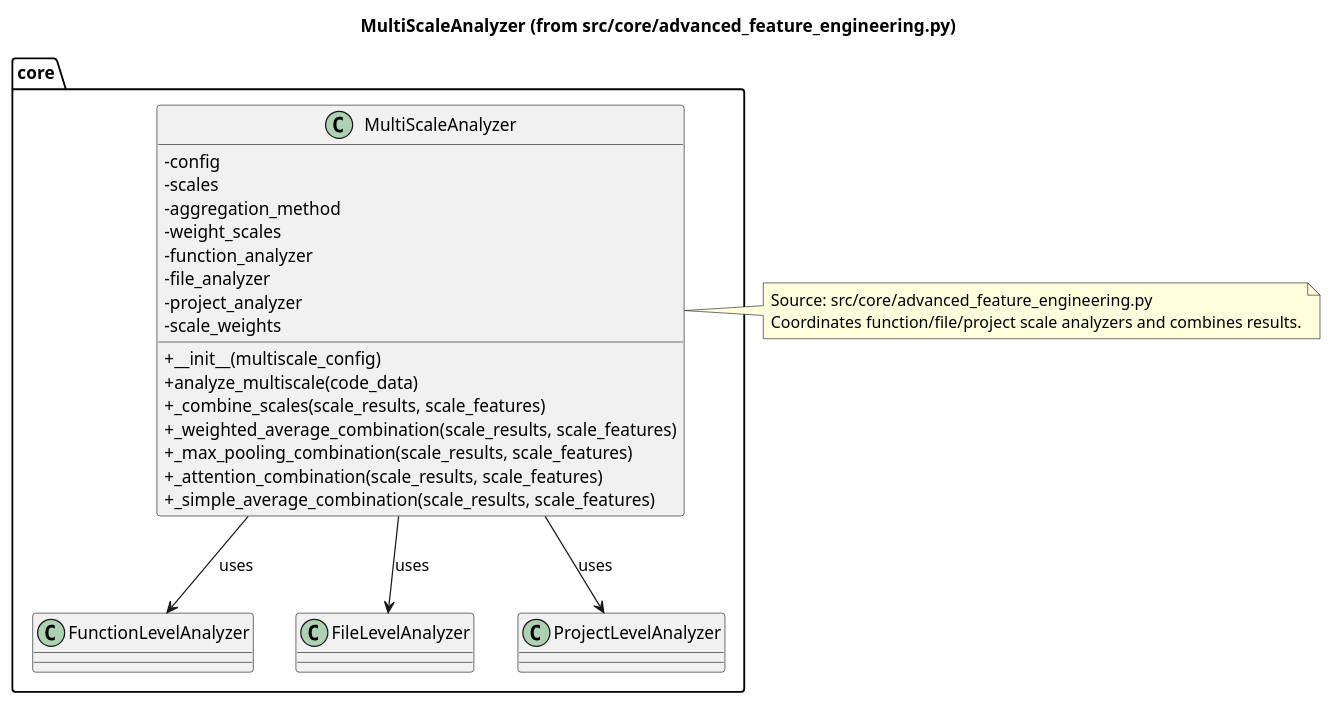
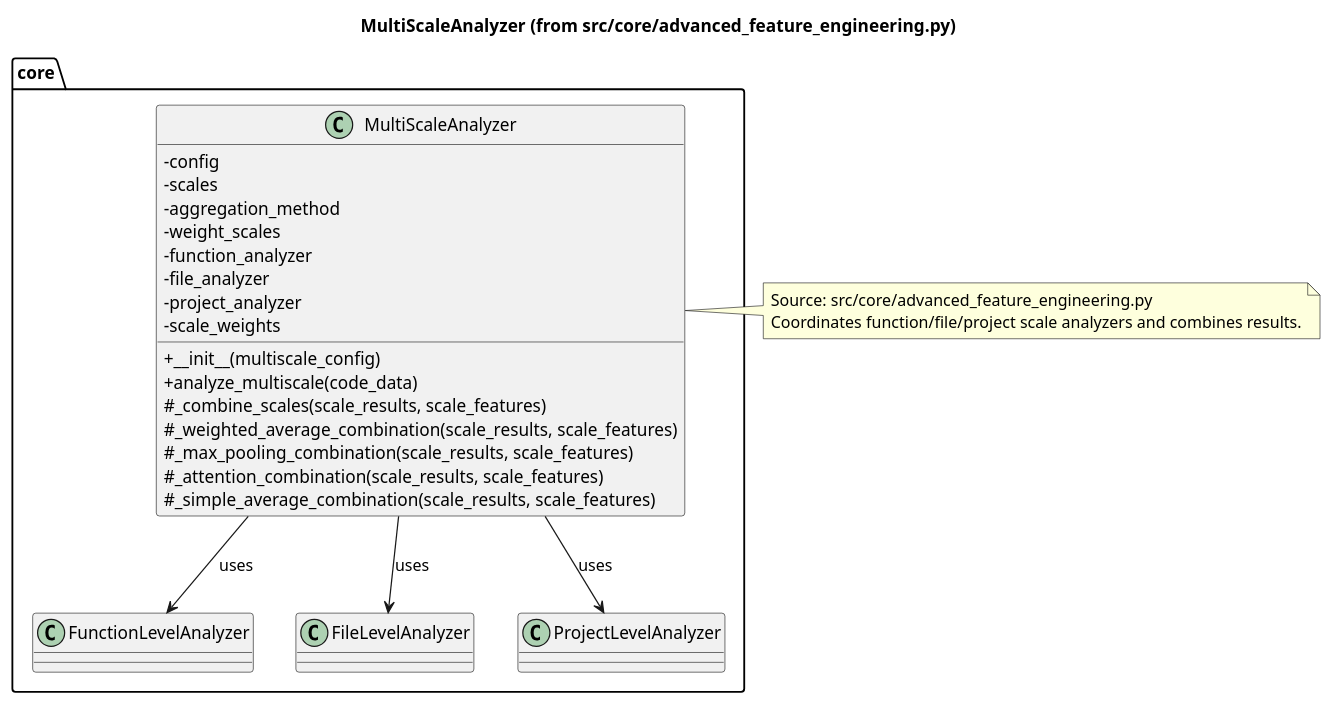
One commit to scweeks/bean_vulnerable changed the diagram in docs/UML/Source/core/advanced_feature_engineering-MultiScaleAnalyzer.puml. Above: the diagram before and after it, drawn with PlantUML. The commit also changed 5 other files, not shown here.

```diff
--- a/docs/UML/Source/core/advanced_feature_engineering-MultiScaleAnalyzer.puml
+++ b/docs/UML/Source/core/advanced_feature_engineering-MultiScaleAnalyzer.puml
@@ -1,35 +1,35 @@
 @startuml MultiScaleAnalyzer
 title MultiScaleAnalyzer (from src/core/advanced_feature_engineering.py)
 skinparam classAttributeIconSize 0
 package core {
   class MultiScaleAnalyzer {
     - config
     - scales
     - aggregation_method
     - weight_scales
     - function_analyzer
     - file_analyzer
     - project_analyzer
     - scale_weights
     + __init__(multiscale_config)
     + analyze_multiscale(code_data)
-    + _combine_scales(scale_results, scale_features)
-    + _weighted_average_combination(scale_results, scale_features)
-    + _max_pooling_combination(scale_results, scale_features)
-    + _attention_combination(scale_results, scale_features)
-    + _simple_average_combination(scale_results, scale_features)
+    # _combine_scales(scale_results, scale_features)
+    # _weighted_average_combination(scale_results, scale_features)
+    # _max_pooling_combination(scale_results, scale_features)
+    # _attention_combination(scale_results, scale_features)
+    # _simple_average_combination(scale_results, scale_features)
   }
   class FunctionLevelAnalyzer
   class FileLevelAnalyzer
   class ProjectLevelAnalyzer
 }
 
 MultiScaleAnalyzer --> FunctionLevelAnalyzer : uses
 MultiScaleAnalyzer --> FileLevelAnalyzer : uses
 MultiScaleAnalyzer --> ProjectLevelAnalyzer : uses
 
 note right of MultiScaleAnalyzer
 Source: src/core/advanced_feature_engineering.py
 Coordinates function/file/project scale analyzers and combines results.
 end note
 @enduml
```
